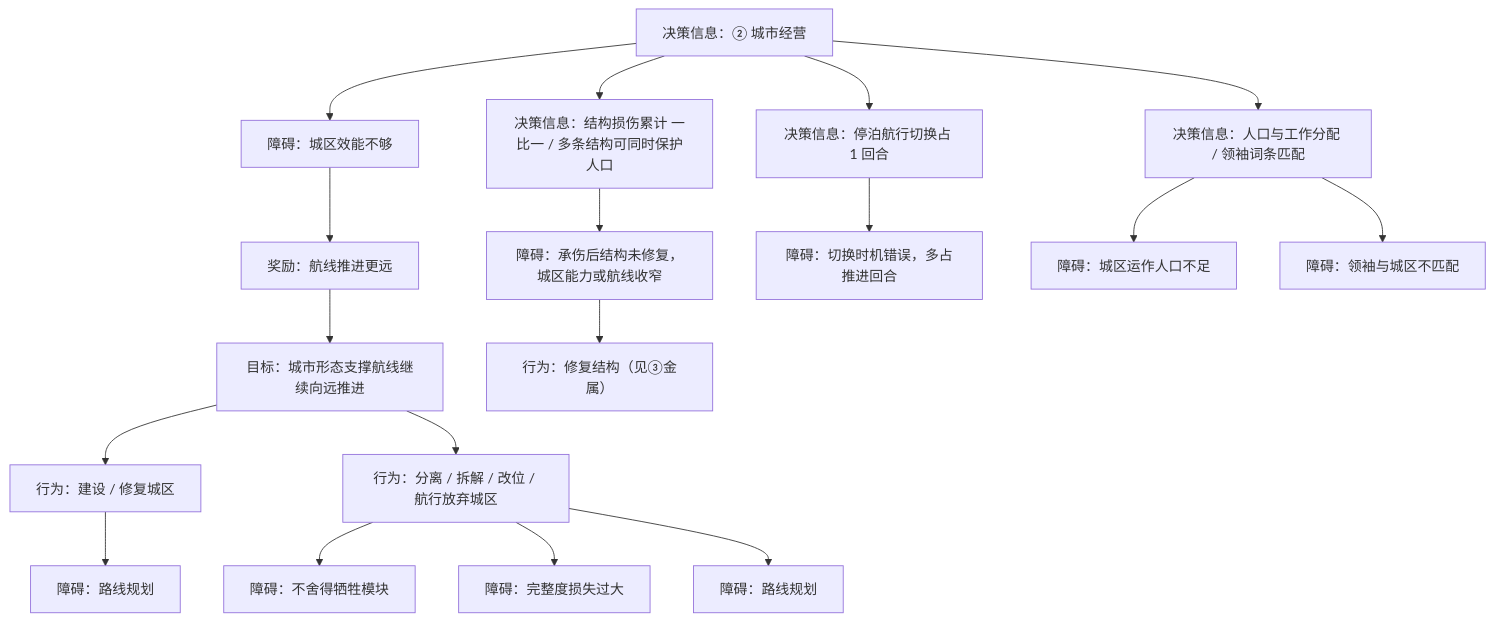
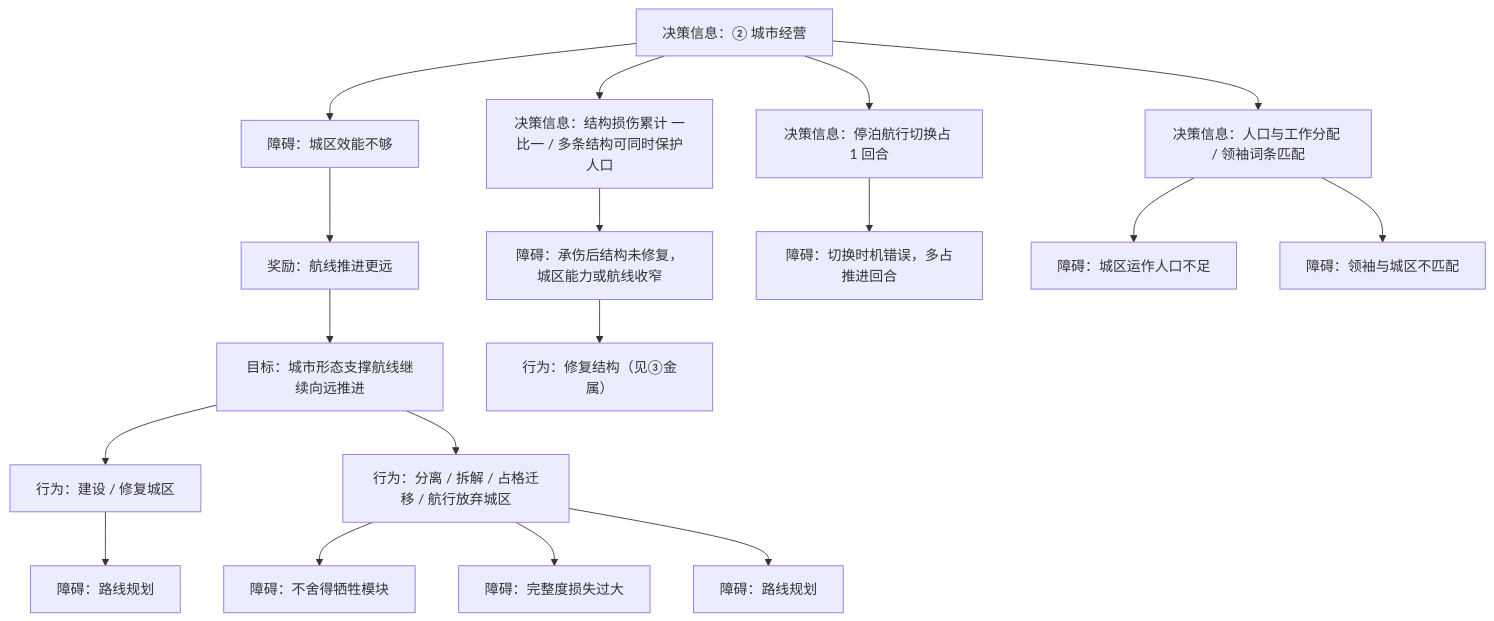
The fourth of 8 diagrams in Docs/01-草稿/交互链-循光之城.md (Estrella6066773/DriveToLight), drawn with Mermaid before and after one commit. The commit also changed other lines of this file and 19 other files, not shown here.

````diff
--- a/Docs/01-草稿/交互链-循光之城.md
+++ b/Docs/01-草稿/交互链-循光之城.md
@@ -473,21 +475,21 @@
 ```mermaid
 flowchart TD
   D2["决策信息：② 城市经营"]
   D2 --> O2a["障碍：城区效能不够"]
   O2a --> R2["奖励：航线推进更远"]
   R2 --> G2a["目标：城市形态支撑航线继续向远推进"]
   G2a --> A2a["行为：建设 / 修复城区"]
-  G2a --> A2b["行为：分离 / 拆解 / 改位 / 航行放弃城区"]
+  G2a --> A2b["行为：分离 / 拆解 / 占格迁移 / 航行放弃城区"]
   A2b --> O2b["障碍：不舍得牺牲模块"]
   A2b --> O2c["障碍：完整度损失过大"]
   D2 --> D2s["决策信息：结构损伤累计 一比一 / 多条结构可同时保护人口"]
   D2s --> O2d["障碍：承伤后结构未修复，城区能力或航线收窄"]
   O2d --> A2c["行为：修复结构（见③金属）"]
   D2 --> D2d["决策信息：停泊航行切换占 1 回合"]
   D2d --> O2e["障碍：切换时机错误，多占推进回合"]
   D2 --> D2p["决策信息：人口与工作分配 / 领袖词条匹配"]
   D2p --> O2f["障碍：城区运作人口不足"]
   D2p --> O2g["障碍：领袖与城区不匹配"]
   A2a --> O_rp2a["障碍：路线规划"]
   A2b --> O_rp2b["障碍：路线规划"]
 ```
````
